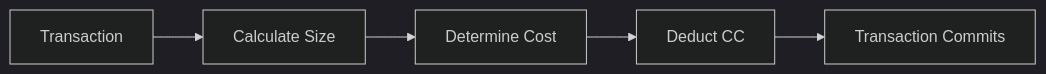
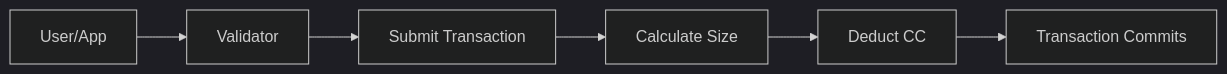
One commit to canton-network/cf-docs changed the diagram in docs-main/overview/understand/canton-coin.mdx. Above: the diagram before and after it, drawn with Mermaid (dark theme). The commit also changed other lines of this file and 24 other files, not shown here.

````diff
--- a/docs-main/overview/understand/canton-coin.mdx
+++ b/docs-main/overview/understand/canton-coin.mdx
@@ -26,7 +28,8 @@
 ```mermaid
 flowchart LR
-    TX[Transaction] --> SIZE[Calculate Size]
-    SIZE --> COST[Determine Cost]
-    COST --> PAY[Deduct CC]
-    PAY --> COMMIT[Transaction Commits]
+    USER[User/App] --> VAL[Validator]
+    VAL --> TX[Submit Transaction]
+    TX --> SIZE[Calculate Size]
+    SIZE --> COST[Deduct CC]
+    COST --> COMMIT[Transaction Commits]
 ```
````
